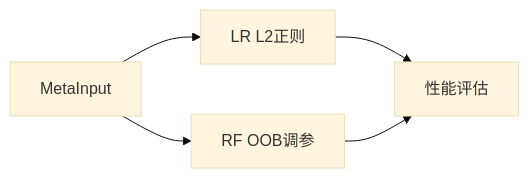
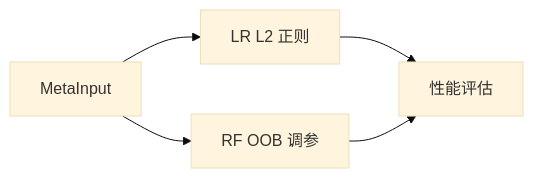
One commit to zsh003/maltack changed the seventh of 12 diagrams in machine_learning/ensemble_learning/docs/基于Stacking和加权融合的多层集成学习方案.md. Above: the diagram before and after it, drawn with Mermaid (base theme). The commit also changed other lines of this file and 2 other files, not shown here.

````diff
--- a/machine_learning/ensemble_learning/docs/基于Stacking和加权融合的多层集成学习方案.md
+++ b/machine_learning/ensemble_learning/docs/基于Stacking和加权融合的多层集成学习方案.md
@@ -110,7 +117,7 @@
 ```mermaid
 flowchart LR
-  MetaInput --> LRModel[LR L2正则]
-  MetaInput --> RFModel[RF OOB调参]
+  MetaInput --> LRModel[LR L2 正则]
+  MetaInput --> RFModel[RF OOB 调参]
   LRModel --> Eval[性能评估]
   RFModel --> Eval
 ```
````
